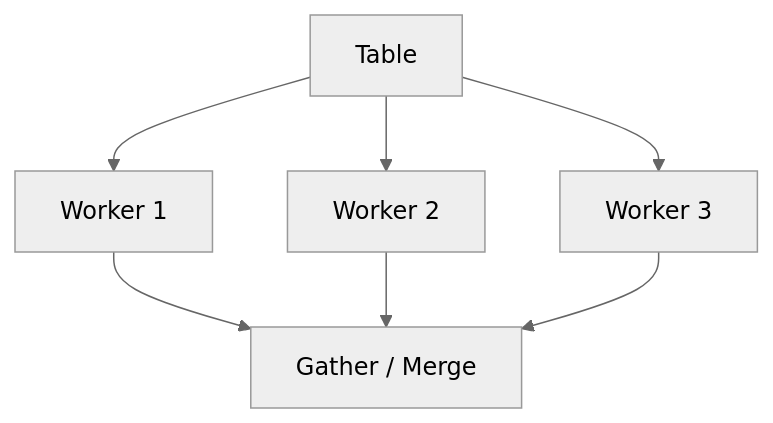
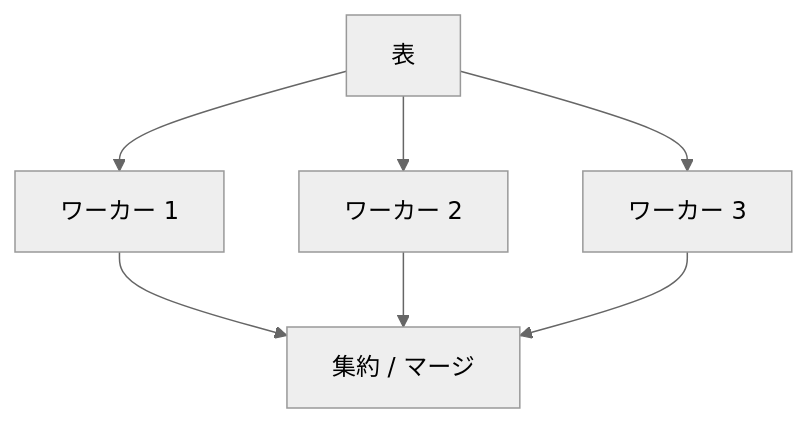
The seventh of 7 diagrams in src/content/docs/03-query-processing/07-physical-execution.md (hirunebot/database-systems-book), drawn with Mermaid (neutral theme) before and after one commit. The commit also changed other lines of this file and 42 other files, not shown here.

````diff
--- a/src/content/docs/03-query-processing/07-physical-execution.md
+++ b/src/content/docs/03-query-processing/07-physical-execution.md
@@ -264,9 +264,9 @@
 ```mermaid
 flowchart TB
-    Scan["Table"] --> W1["Worker 1"]
-    Scan --> W2["Worker 2"]
-    Scan --> W3["Worker 3"]
-    W1 --> Gather["Gather / Merge"]
+    Scan["表"] --> W1["ワーカー 1"]
+    Scan --> W2["ワーカー 2"]
+    Scan --> W3["ワーカー 3"]
+    W1 --> Gather["集約 / マージ"]
     W2 --> Gather
     W3 --> Gather
 ```
````
